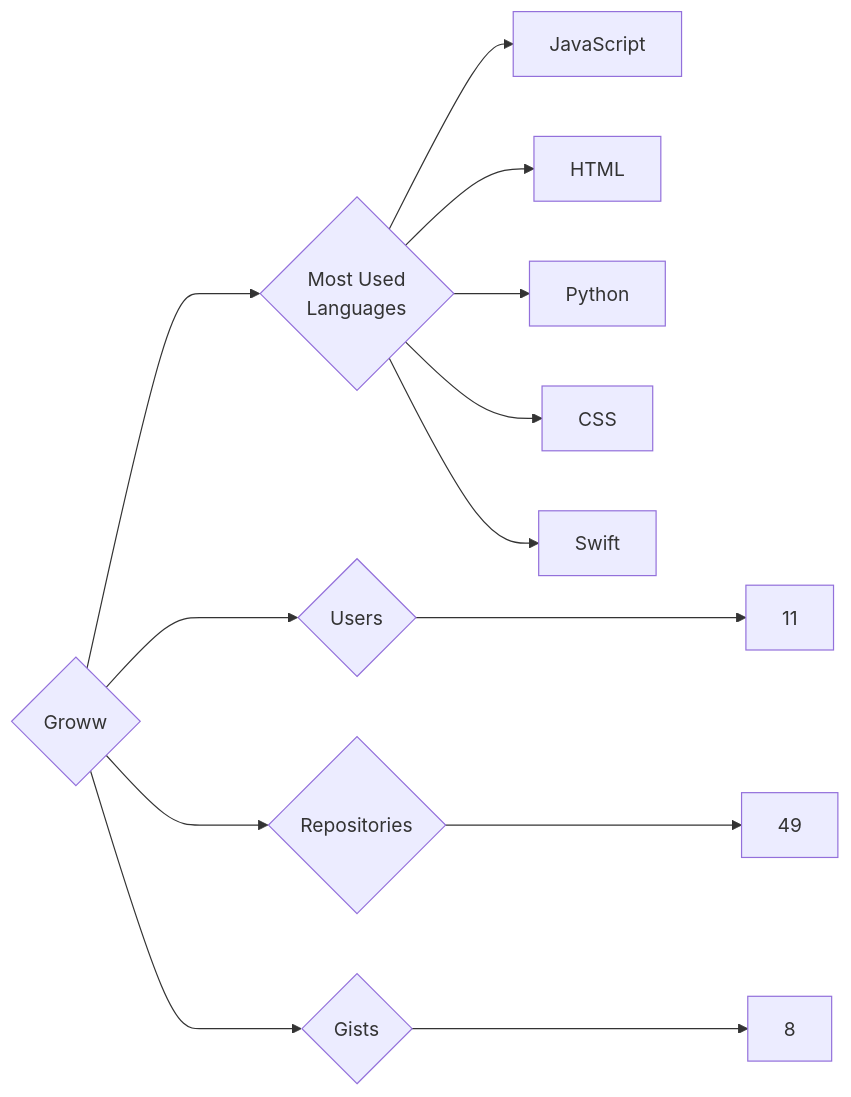
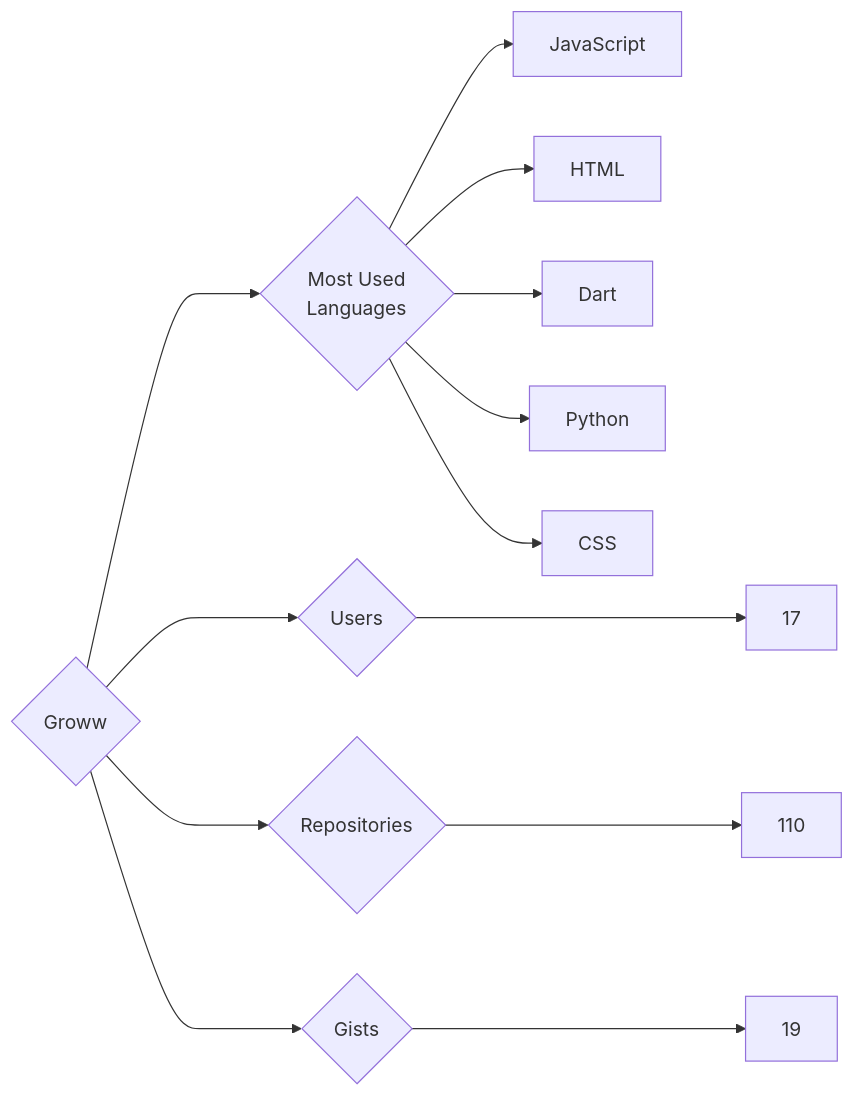
One commit to trickest/insiders changed the diagram in targets/Groww/README.md. Above: the diagram before and after it, drawn with Mermaid. The commit also changed 718 other files, not shown here.

````diff
--- a/targets/Groww/README.md
+++ b/targets/Groww/README.md
@@ -3,13 +3,13 @@
 ```mermaid
 graph LR
 COMPANY_NAME{Groww}
-COMPANY_NAME ---> U{Users} ---> UN[11]
-COMPANY_NAME ---> R{Repositories} ---> RN[49]
-COMPANY_NAME ---> G{Gists} ---> GN[8]
+COMPANY_NAME ---> U{Users} ---> UN[17]
+COMPANY_NAME ---> R{Repositories} ---> RN[110]
+COMPANY_NAME ---> G{Gists} ---> GN[19]
 COMPANY_NAME ---> ML{Most Used<br>Languages}
 ML --> JavaScript[JavaScript]
 ML --> HTML[HTML]
+ML --> Dart[Dart]
 ML --> Python[Python]
 ML --> CSS[CSS]
-ML --> Swift[Swift]
 ```
````
